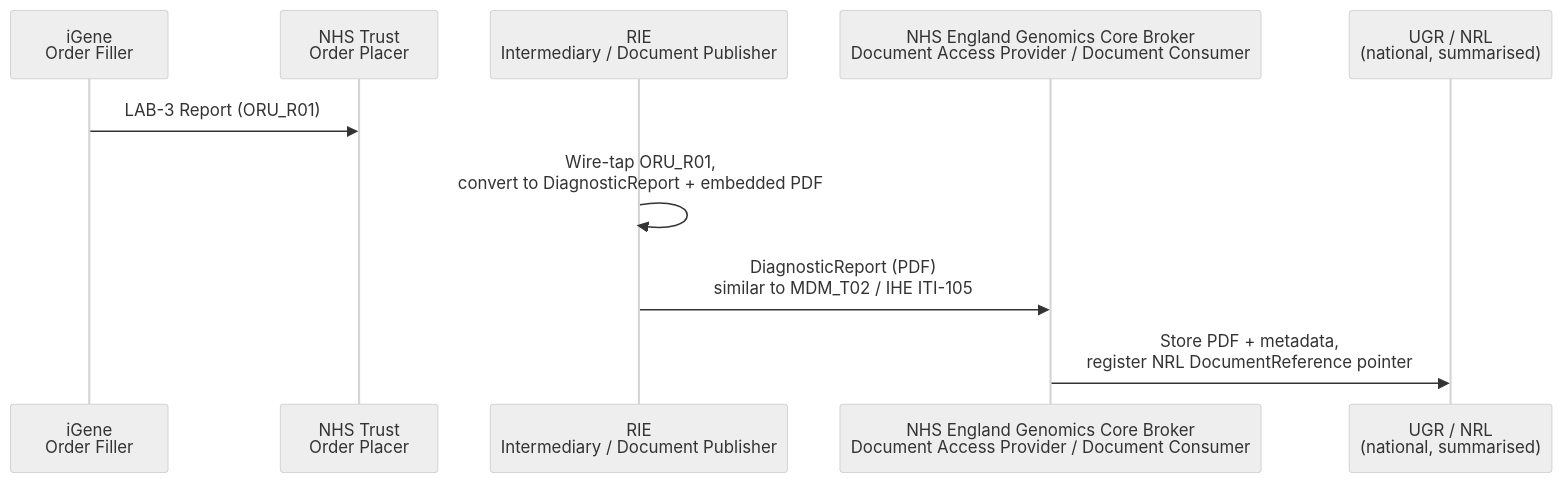
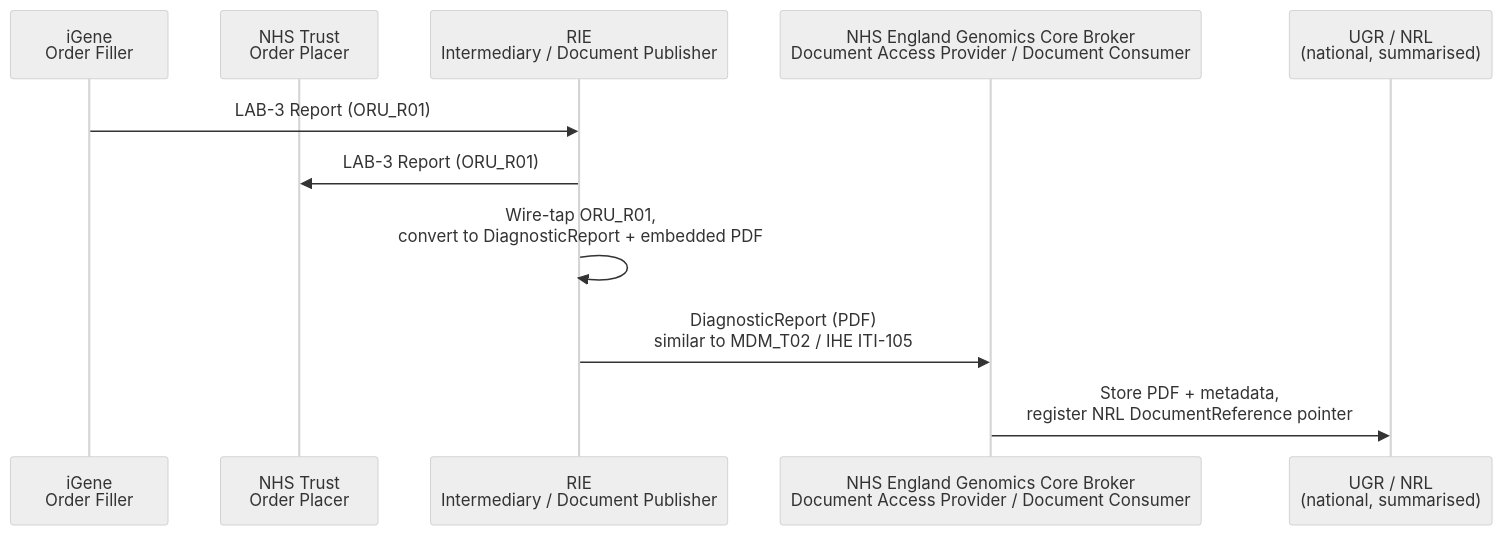
The second of 3 diagrams in input/pagecontent/ctDNAUGR.md (nw-gmsa/nw-gmsa.github.com), drawn with Mermaid (neutral theme) before and after one commit. The commit also changed other lines of this file and 1 other file, not shown here.

Commit message:
Class GMCR/LSC as Document Access Provider; fix ctDNAUGR report flow
RegionalSharedCareRecords.md: GMCR and Lancashire and South Cumbria are now
classed as Document Access Provider as well as Document Consumer in the
Actors table and both sequence diagrams, matching the dual role already
given to the NHS England Genomics Core Broker/UGR/NRL actor in ctDNAUGR.md.

ctDNAUGR.md: both Phase 1 and Phase 2 sequence diagrams now show the LAB-3
report actually flowing through the RIE (iGene Order Filler -> RIE
Intermediary -> NHS Trust Order Placer) rather than jumping directly from
iGene to the Trust with the RIE disconnected from that leg.

Claude-Session: https://claude.ai/code/session_01FaJZPo5x3UCuWmUi5yyXAB

````diff
--- a/input/pagecontent/ctDNAUGR.md
+++ b/input/pagecontent/ctDNAUGR.md
@@ -79,13 +79,14 @@
 ```mermaid
 sequenceDiagram
     participant iGene as iGene<br/>Order Filler
     participant Trust as NHS Trust<br/>Order Placer
     participant RIE as RIE<br/>Intermediary / Document Publisher
     participant Broker as NHS England Genomics Core Broker<br/>Document Access Provider / Document Consumer
     participant UGR as UGR / NRL<br/>(national, summarised)
 
-    iGene ->> Trust: LAB-3 Report (ORU_R01)
+    iGene ->> RIE: LAB-3 Report (ORU_R01)
+    RIE ->> Trust: LAB-3 Report (ORU_R01)
     RIE ->> RIE: Wire-tap ORU_R01,<br/>convert to DiagnosticReport + embedded PDF
     RIE ->> Broker: DiagnosticReport (PDF)<br/>similar to MDM_T02 / IHE ITI-105
     Broker ->> UGR: Store PDF + metadata,<br/>register NRL DocumentReference pointer
 ```
````
